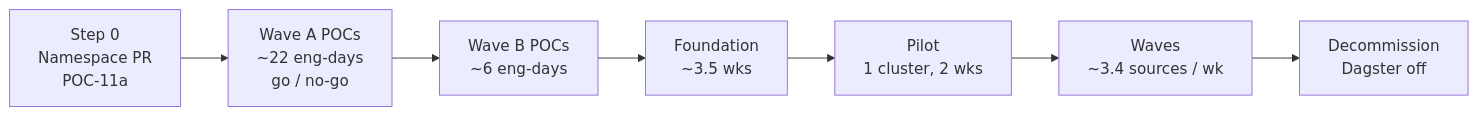
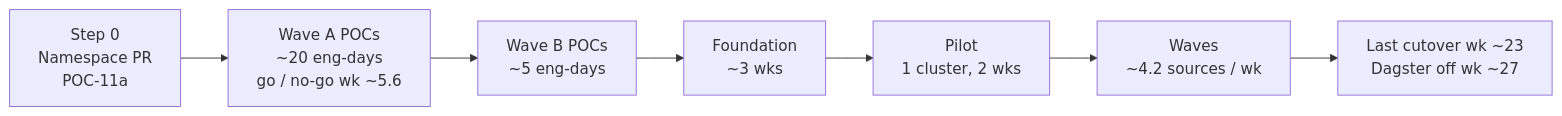
The second of 13 diagrams in docs/2-migration-plan.md (infroid/temporal-vs-dagster), drawn with Mermaid before and after one commit. The commit also changed other lines of this file and 2 other files, not shown here.

First line of the commit message:
Aggressive target timeline and POC phase at a glance

````diff
--- a/docs/2-migration-plan.md
+++ b/docs/2-migration-plan.md
@@ -62,9 +62,9 @@
 ```mermaid
 flowchart LR
-  S0["Step 0<br/>Namespace PR<br/>POC-11a"] --> WA["Wave A POCs<br/>~22 eng-days<br/>go / no-go"]
-  WA --> WB["Wave B POCs<br/>~6 eng-days"]
-  WB --> F["Foundation<br/>~3.5 wks"]
+  S0["Step 0<br/>Namespace PR<br/>POC-11a"] --> WA["Wave A POCs<br/>~20 eng-days<br/>go / no-go wk ~5.6"]
+  WA --> WB["Wave B POCs<br/>~5 eng-days"]
+  WB --> F["Foundation<br/>~3 wks"]
   F --> P["Pilot<br/>1 cluster, 2 wks"]
-  P --> W["Waves<br/>~3.4 sources / wk"]
-  W --> D["Decommission<br/>Dagster off"]
+  P --> W["Waves<br/>~4.2 sources / wk"]
+  W --> D["Last cutover wk ~23<br/>Dagster off wk ~27"]
 ```
````
